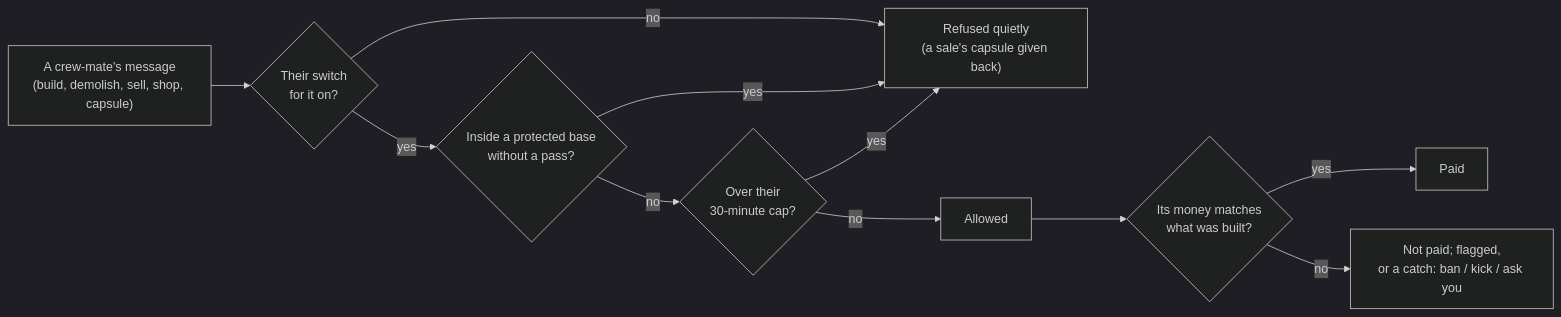
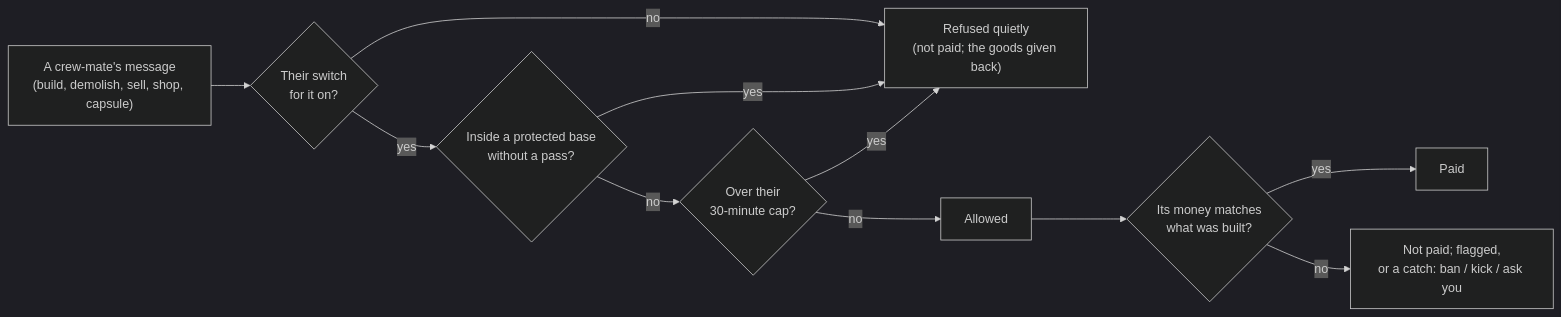
One commit to swheettaos/crewtools changed the diagram in wiki/Home.md. Above: the diagram before and after it, drawn with Mermaid (dark theme). The commit also changed 12 other files, not shown here.

````diff
--- a/wiki/Home.md
+++ b/wiki/Home.md
@@ -32,13 +32,13 @@
 ```mermaid
 flowchart LR
   msg["A crew-mate's message<br/>(build, demolish, sell, shop, capsule)"] --> sw{"Their switch<br/>for it on?"}
-  sw -- "no" --> no["Refused quietly<br/>(a sale's capsule given back)"]
+  sw -- "no" --> no["Refused quietly<br/>(not paid; the goods given back)"]
   sw -- "yes" --> zone{"Inside a protected base<br/>without a pass?"}
   zone -- "yes" --> no
   zone -- "no" --> cap{"Over their<br/>30-minute cap?"}
   cap -- "yes" --> no
   cap -- "no" --> ok["Allowed"]
   ok --> money{"Its money matches<br/>what was built?"}
   money -- "yes" --> paid["Paid"]
   money -- "no" --> caught["Not paid; flagged,<br/>or a catch: ban / kick / ask you"]
 ```
````
